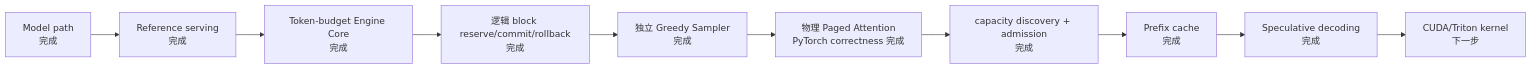
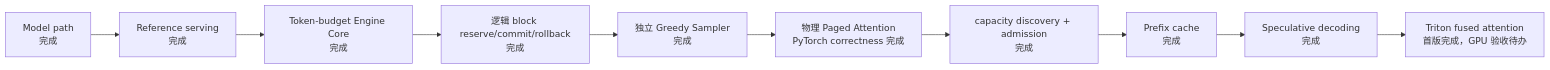
Before and after one commit to poorpaper/light-vllm: the third of 3 diagrams in docs/design.md, drawn with Mermaid. The commit also changed other lines of this file and 3 other files, not shown here.

Commit message:
docs: describe optional Triton attention backend

````diff
--- a/docs/design.md
+++ b/docs/design.md
@@ -278,12 +284,12 @@
 ```mermaid
 flowchart LR
     Model["Model path<br/>完成"] --> Serving["Reference serving<br/>完成"]
     Serving --> Core["Token-budget Engine Core<br/>完成"]
     Core --> Logical["逻辑 block reserve/commit/rollback<br/>完成"]
     Logical --> Sampling["独立 Greedy Sampler<br/>完成"]
     Sampling --> Paged["物理 Paged Attention<br/>PyTorch correctness 完成"]
     Paged --> Capacity["capacity discovery + admission<br/>完成"]
     Capacity --> Prefix["Prefix cache<br/>完成"]
     Prefix --> Spec["Speculative decoding<br/>完成"]
-    Spec --> Kernel["CUDA/Triton kernel<br/>下一步"]
+    Spec --> Kernel["Triton fused attention<br/>首版完成，GPU 验收待办"]
 ```
````
